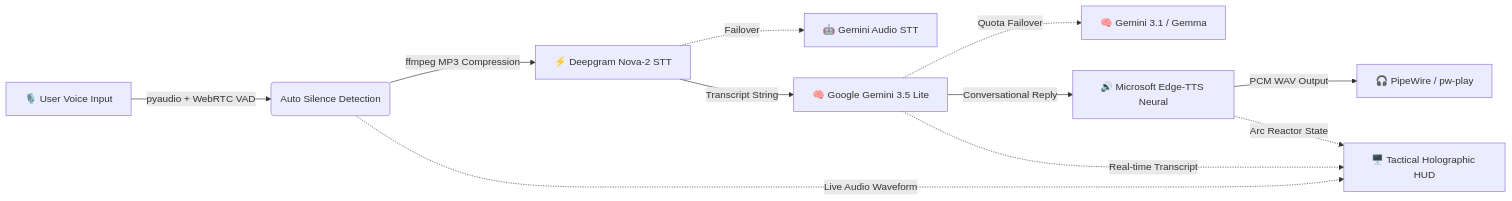
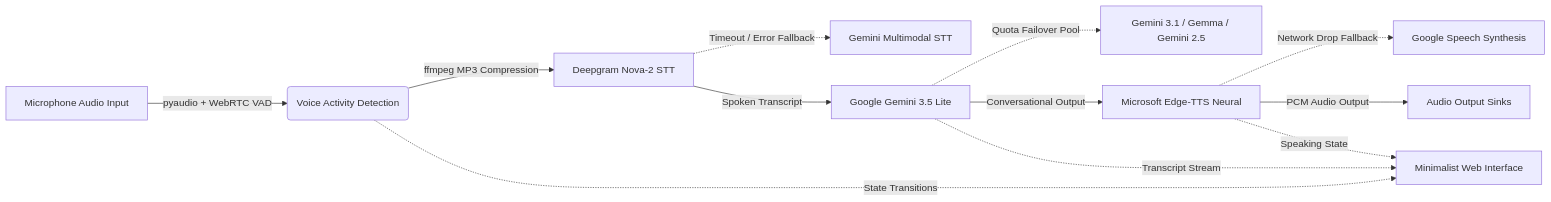
Before and after one commit to adios-mars/veda-voice-assistant: the diagram in README.md, drawn with Mermaid. The commit also changed other lines of this file and 7 other files, not shown here.

````diff
--- a/README.md
+++ b/README.md
@@ -18,14 +20,15 @@
 ```mermaid
 flowchart LR
-    A[🎙️ User Voice Input] -->|pyaudio + WebRTC VAD| B(Auto Silence Detection)
-    B -->|ffmpeg MP3 Compression| C[⚡ Deepgram Nova-2 STT]
-    C -.->|Failover| C2[🤖 Gemini Audio STT]
-    C -->|Transcript String| D[🧠 Google Gemini 3.5 Lite]
-    D -.->|Quota Failover| D2[🧠 Gemini 3.1 / Gemma]
-    D -->|Conversational Reply| E[🔊 Microsoft Edge-TTS Neural]
-    E -->|PCM WAV Output| F[🎧 PipeWire / pw-play]
+    A[Microphone Audio Input] -->|pyaudio + WebRTC VAD| B(Voice Activity Detection)
+    B -->|ffmpeg MP3 Compression| C[Deepgram Nova-2 STT]
+    C -.->|Timeout / Error Fallback| C2[Gemini Multimodal STT]
+    C -->|Spoken Transcript| D[Google Gemini 3.5 Lite]
+    D -.->|Quota Failover Pool| D2[Gemini 3.1 / Gemma / Gemini 2.5]
+    D -->|Conversational Output| E[Microsoft Edge-TTS Neural]
+    E -.->|Network Drop Fallback| E2[Google Speech Synthesis]
+    E -->|PCM Audio Output| F[Audio Output Sinks]
     
-    B -.->|Live Audio Waveform| G[🖥️ Tactical Holographic HUD]
-    D -.->|Real-time Transcript| G
-    E -.->|Arc Reactor State| G
+    B -.->|State Transitions| G[Minimalist Web Interface]
+    D -.->|Transcript Stream| G
+    E -.->|Speaking State| G
 ```
````
